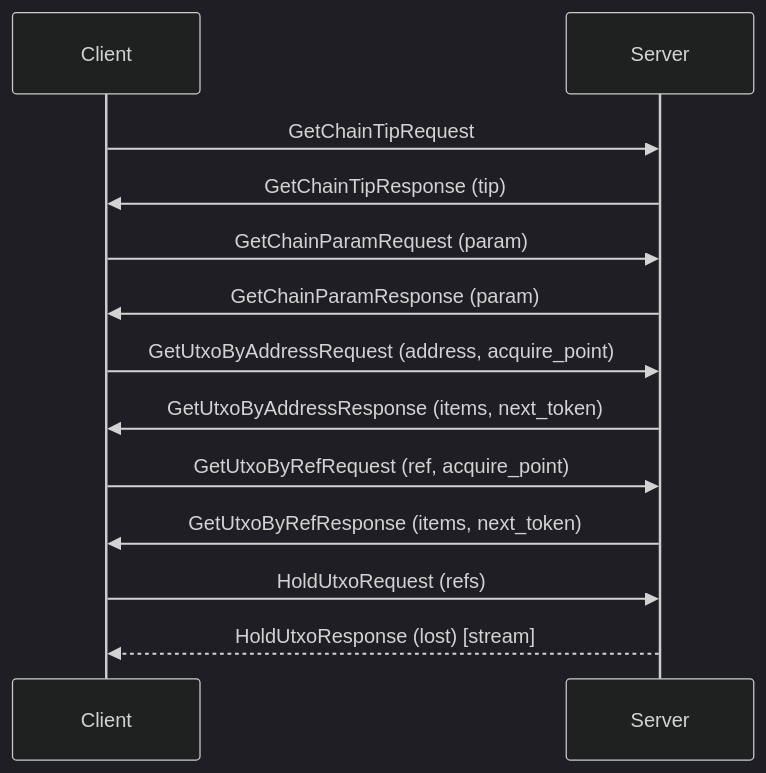
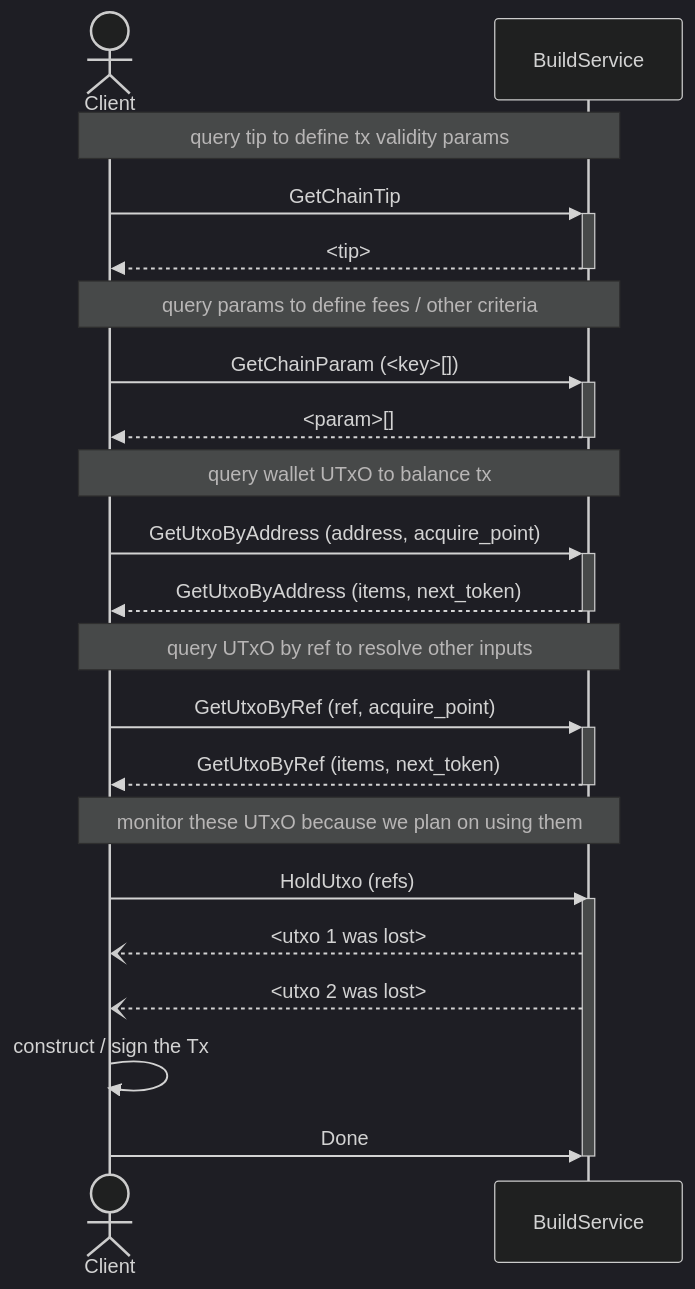
One commit to utxorpc/docs changed the diagram in pages/build/intro.mdx. Above: the diagram before and after it, drawn with Mermaid. The commit also changed 3 other files, not shown here.

Commit message:
docs: Improve sequence diagrams (#7)

````diff
--- a/pages/build/intro.mdx
+++ b/pages/build/intro.mdx
@@ -21,21 +21,31 @@
 ```mermaid
 %%{init: { 'theme': 'dark' } }%%
 sequenceDiagram
-  participant Client
-  participant Server
+  actor Client
+  participant BuildService
 
-  Client->>Server: GetChainTipRequest
-  Server->>Client: GetChainTipResponse (tip)
+  Note over Client,BuildService: query tip to define tx validity params
+  Client->>+BuildService: GetChainTip
+  BuildService-->>-Client: <tip>
 
-  Client->>Server: GetChainParamRequest (param)
-  Server->>Client: GetChainParamResponse (param)
+  Note over Client,BuildService: query params to define fees / other criteria
+  Client->>+BuildService: GetChainParam (<key>[])
+  BuildService-->>-Client: <param>[]
 
-  Client->>Server: GetUtxoByAddressRequest (address, acquire_point)
-  Server->>Client: GetUtxoByAddressResponse (items, next_token)
+  Note over Client,BuildService: query wallet UTxO to balance tx
+  Client->>+BuildService: GetUtxoByAddress (address, acquire_point)
+  BuildService-->>-Client: GetUtxoByAddress (items, next_token)
 
-  Client->>Server: GetUtxoByRefRequest (ref, acquire_point)
-  Server->>Client: GetUtxoByRefResponse (items, next_token)
+  Note over Client,BuildService: query UTxO by ref to resolve other inputs
+  Client->>+BuildService: GetUtxoByRef (ref, acquire_point)
+  BuildService-->>-Client: GetUtxoByRef (items, next_token)
 
-  Client->>Server: HoldUtxoRequest (refs)
-  Server-->>Client: HoldUtxoResponse (lost) [stream]
+  Note over Client,BuildService: monitor these UTxO because we plan on using them
+  Client->>BuildService: HoldUtxo (refs)
+  activate BuildService
+  BuildService--)Client: <utxo 1 was lost>
+  BuildService--)Client: <utxo 2 was lost>
+  Client->>Client: construct / sign the Tx
+  Client->>BuildService: Done
+  deactivate BuildService
 ```
````
